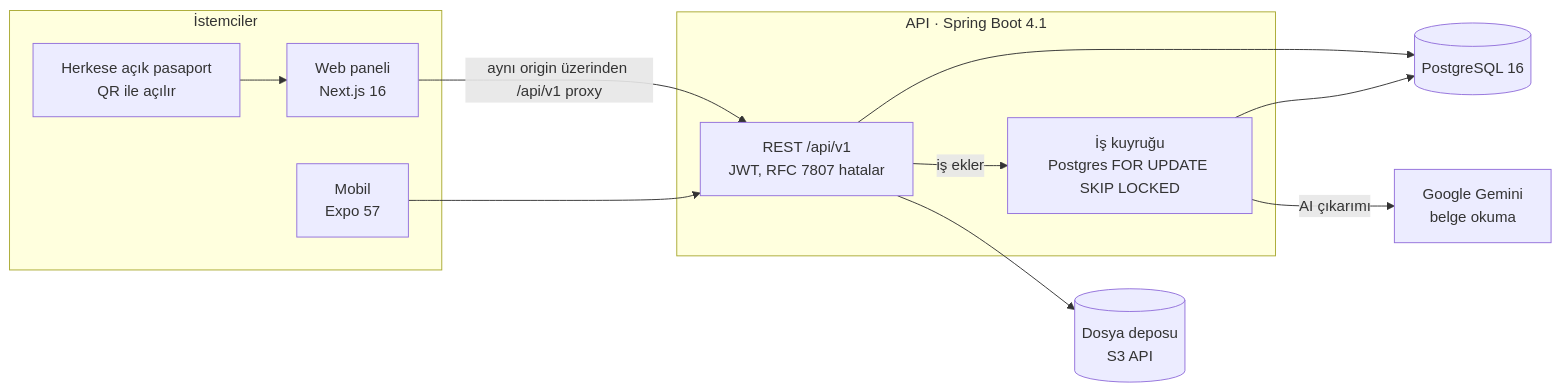
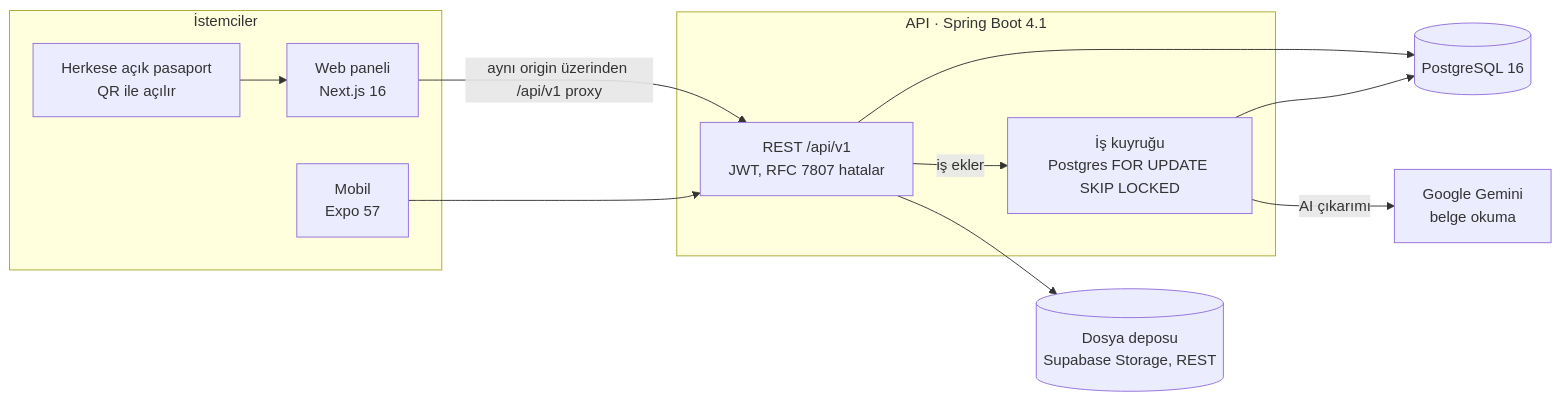
Before and after one commit to HalitACET/Tekpas_PDD-: the diagram in README.md, drawn with Mermaid. The commit also changed other lines of this file and 4 other files, not shown here.

````diff
--- a/README.md
+++ b/README.md
@@ -79,26 +79,26 @@
 ```mermaid
 flowchart LR
   subgraph clients["İstemciler"]
     web["Web paneli<br/>Next.js 16"]
     mobile["Mobil<br/>Expo 57"]
     public["Herkese açık pasaport<br/>QR ile açılır"]
   end
 
   subgraph api["API · Spring Boot 4.1"]
     rest["REST /api/v1<br/>JWT, RFC 7807 hatalar"]
     jobs["İş kuyruğu<br/>Postgres FOR UPDATE SKIP LOCKED"]
   end
 
   db[("PostgreSQL 16")]
-  storage[("Dosya deposu<br/>S3 API")]
+  storage[("Dosya deposu<br/>Supabase Storage, REST")]
   ai["Google Gemini<br/>belge okuma"]
 
   web -- "aynı origin üzerinden /api/v1 proxy" --> rest
   public --> web
   mobile --> rest
   rest --> db
   rest --> storage
   rest -- "iş ekler" --> jobs
   jobs --> db
   jobs -- "AI çıkarımı" --> ai
 ```
````
